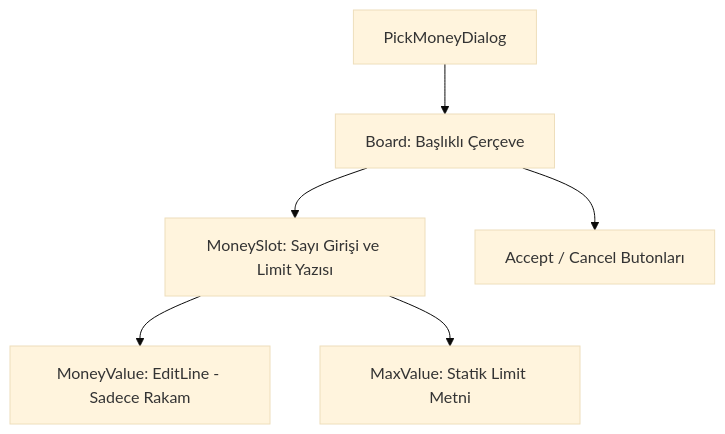
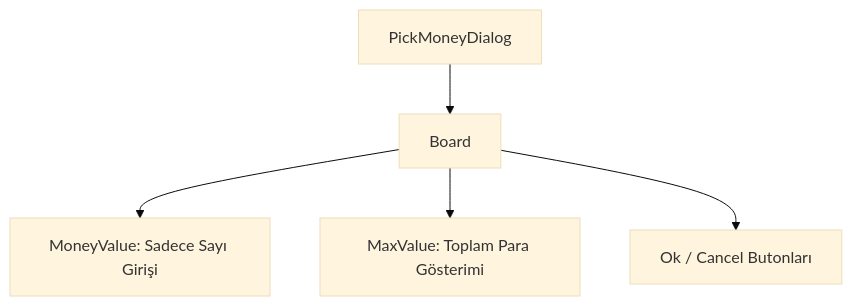
One commit to Engin622/Metin2-Pack-Agent-Skills changed the diagram in uiscript/pickmoneydialog/skills.md. Above: the diagram before and after it, drawn with Mermaid (base theme). The commit also changed other lines of this file and 65 other files, not shown here.

````diff
--- a/uiscript/pickmoneydialog/skills.md
+++ b/uiscript/pickmoneydialog/skills.md
@@ -33,8 +23,7 @@
 ```mermaid
 graph TD
-    A[PickMoneyDialog] --> B[Board: Başlıklı Çerçeve]
-    B --> C[MoneySlot: Sayı Girişi ve Limit Yazısı]
-    C --> D[MoneyValue: EditLine - Sadece Rakam]
-    C --> E[MaxValue: Statik Limit Metni]
-    B --> F[Accept / Cancel Butonları]
+    A[PickMoneyDialog] --> B[Board]
+    B --> C[MoneyValue: Sadece Sayı Girişi]
+    B --> D[MaxValue: Toplam Para Gösterimi]
+    B --> E[Ok / Cancel Butonları]
 ```
````
